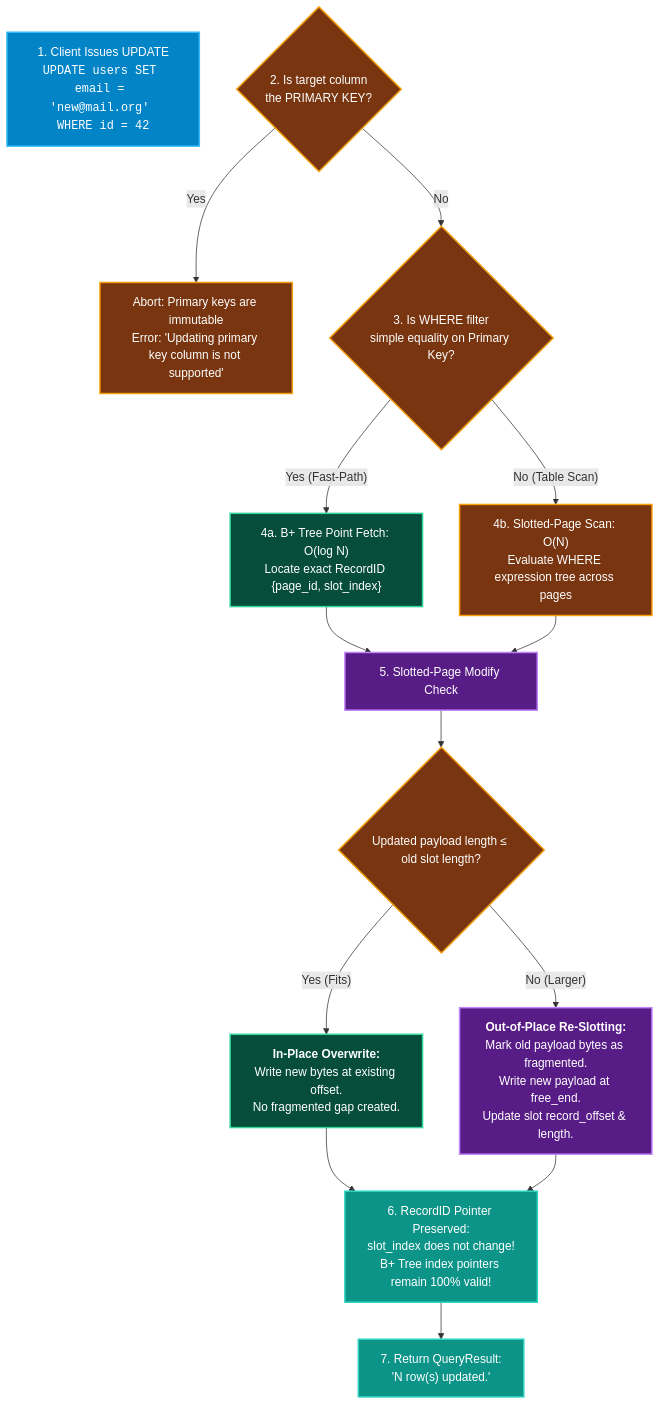
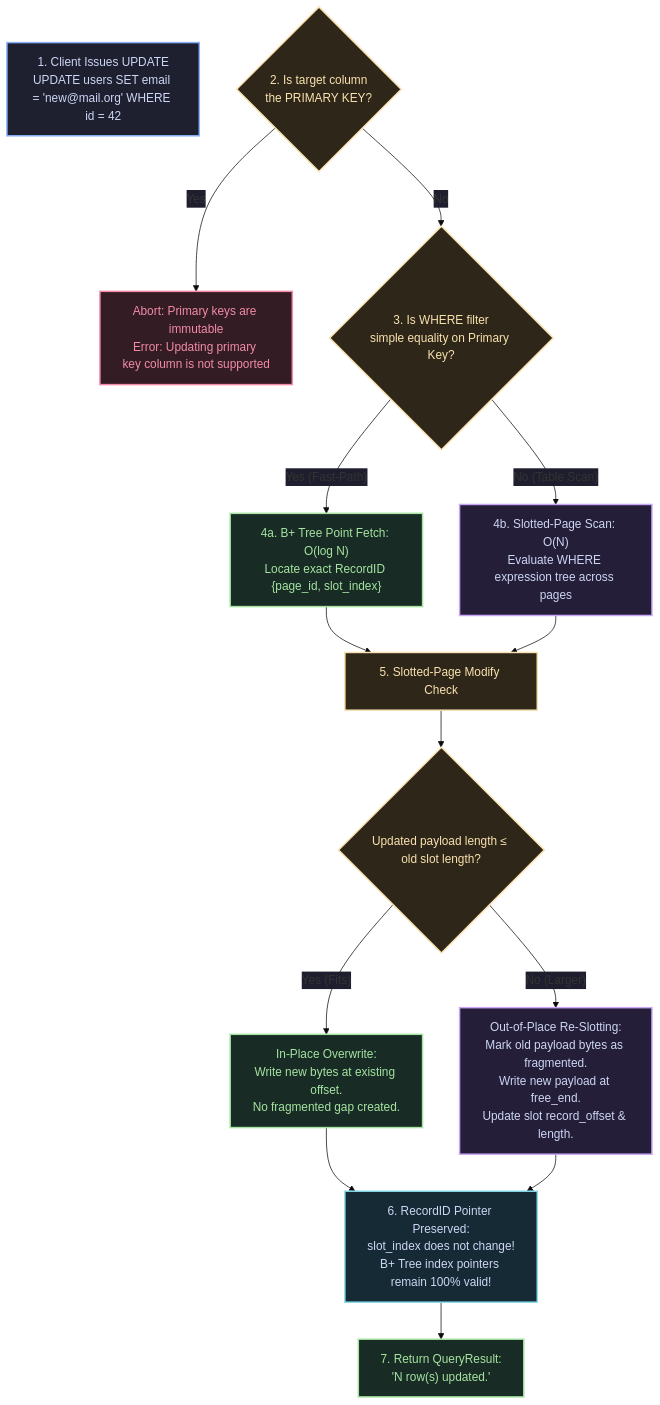
The diagram in docs/sql/statements/update.md (KAAZamapiloT/QUARTZ_DB), drawn with Mermaid before and after one commit. The commit also changed 18 other files, not shown here.

````diff
--- a/docs/sql/statements/update.md
+++ b/docs/sql/statements/update.md
@@ -49,28 +49,29 @@
 ```mermaid
+%%{init: {'theme': 'base', 'themeVariables': {'edgeLabelBackground': '#1e1e2e', 'tertiaryTextColor': '#cdd6f4'}}}%%
 flowchart TD
-    %% Colorful UPDATE Flow
-    classDef stepStart fill:#0284c7,stroke:#38bdf8,stroke-width:2px,color:#ffffff;
-    classDef stepCheck fill:#78350f,stroke:#f59e0b,stroke-width:2px,color:#ffffff;
-    classDef stepFast fill:#064e3b,stroke:#34d399,stroke-width:2px,color:#ffffff;
-    classDef stepStorage fill:#581c87,stroke:#c084fc,stroke-width:2px,color:#ffffff;
-    classDef stepSuccess fill:#0d9488,stroke:#2dd4bf,stroke-width:2px,color:#ffffff;
+    classDef entry fill:#1e2030,stroke:#89b4fa,stroke-width:2px,color:#cdd6f4;
+    classDef guard fill:#2e2619,stroke:#f9e2af,stroke-width:2px,color:#f9e2af;
+    classDef success fill:#182c25,stroke:#a6e3a1,stroke-width:2px,color:#a6e3a1;
+    classDef error fill:#331c24,stroke:#f38ba8,stroke-width:2px,color:#f38ba8;
+    classDef disk fill:#241e38,stroke:#cba6f7,stroke-width:2px,color:#cdd6f4;
+    classDef shared fill:#162a35,stroke:#89dceb,stroke-width:2px,color:#cdd6f4;
 
-    Start["1. Client Issues UPDATE<br><code>UPDATE users SET email = 'new@mail.org' WHERE id = 42</code>"]:::stepStart
-    CheckPK{"2. Is target column<br>the PRIMARY KEY?"}:::stepCheck
-    CheckPK -- "Yes" --> AbortPK["Abort: Primary keys are immutable<br>Error: 'Updating primary key column is not supported'"]:::stepCheck
-    CheckPK -- "No" --> CheckRouting{"3. Is WHERE filter<br>simple equality on Primary Key?"}:::stepCheck
+    Start["1. Client Issues UPDATE<br/>UPDATE users SET email = 'new@mail.org' WHERE id = 42"]:::entry
+    CheckPK{"2. Is target column<br/>the PRIMARY KEY?"}:::guard
+    CheckPK -- "Yes" --> AbortPK["Abort: Primary keys are immutable<br/>Error: Updating primary key column is not supported"]:::error
+    CheckPK -- "No" --> CheckRouting{"3. Is WHERE filter<br/>simple equality on Primary Key?"}:::guard
 
-    CheckRouting -- "Yes (Fast-Path)" --> BTreeFetch["4a. B+ Tree Point Fetch: O(log N)<br>Locate exact RecordID {page_id, slot_index}"]:::stepFast
-    CheckRouting -- "No (Table Scan)" --> ScanTable["4b. Slotted-Page Scan: O(N)<br>Evaluate WHERE expression tree across pages"]:::stepCheck
+    CheckRouting -- "Yes (Fast-Path)" --> BTreeFetch["4a. B+ Tree Point Fetch: O(log N)<br/>Locate exact RecordID {page_id, slot_index}"]:::success
+    CheckRouting -- "No (Table Scan)" --> ScanTable["4b. Slotted-Page Scan: O(N)<br/>Evaluate WHERE expression tree across pages"]:::disk
 
-    BTreeFetch --> WritePath["5. Slotted-Page Modify Check"]:::stepStorage
+    BTreeFetch --> WritePath["5. Slotted-Page Modify Check"]:::guard
     ScanTable --> WritePath
 
-    WritePath --> SizeCheck{"Updated payload length &le; old slot length?"}:::stepCheck
-    SizeCheck -- "Yes (Fits)" --> InPlace["<b>In-Place Overwrite:</b><br>Write new bytes at existing offset.<br>No fragmented gap created."]:::stepFast
-    SizeCheck -- "No (Larger)" --> ReSlot["<b>Out-of-Place Re-Slotting:</b><br>Mark old payload bytes as fragmented.<br>Write new payload at free_end.<br>Update slot record_offset &amp; length."]:::stepStorage
+    WritePath --> SizeCheck{"Updated payload length &le; old slot length?"}:::guard
+    SizeCheck -- "Yes (Fits)" --> InPlace["In-Place Overwrite:<br/>Write new bytes at existing offset.<br/>No fragmented gap created."]:::success
+    SizeCheck -- "No (Larger)" --> ReSlot["Out-of-Place Re-Slotting:<br/>Mark old payload bytes as fragmented.<br/>Write new payload at free_end.<br/>Update slot record_offset &amp; length."]:::disk
 
-    InPlace --> PointerSafe["6. RecordID Pointer Preserved:<br>slot_index does not change!<br>B+ Tree index pointers remain 100% valid!"]:::stepSuccess
+    InPlace --> PointerSafe["6. RecordID Pointer Preserved:<br/>slot_index does not change!<br/>B+ Tree index pointers remain 100% valid!"]:::shared
     ReSlot --> PointerSafe
-    PointerSafe --> Finish["7. Return QueryResult:<br>'N row(s) updated.'"]:::stepSuccess
+    PointerSafe --> Finish["7. Return QueryResult:<br/>'N row(s) updated.'"]:::success
 ```
````
